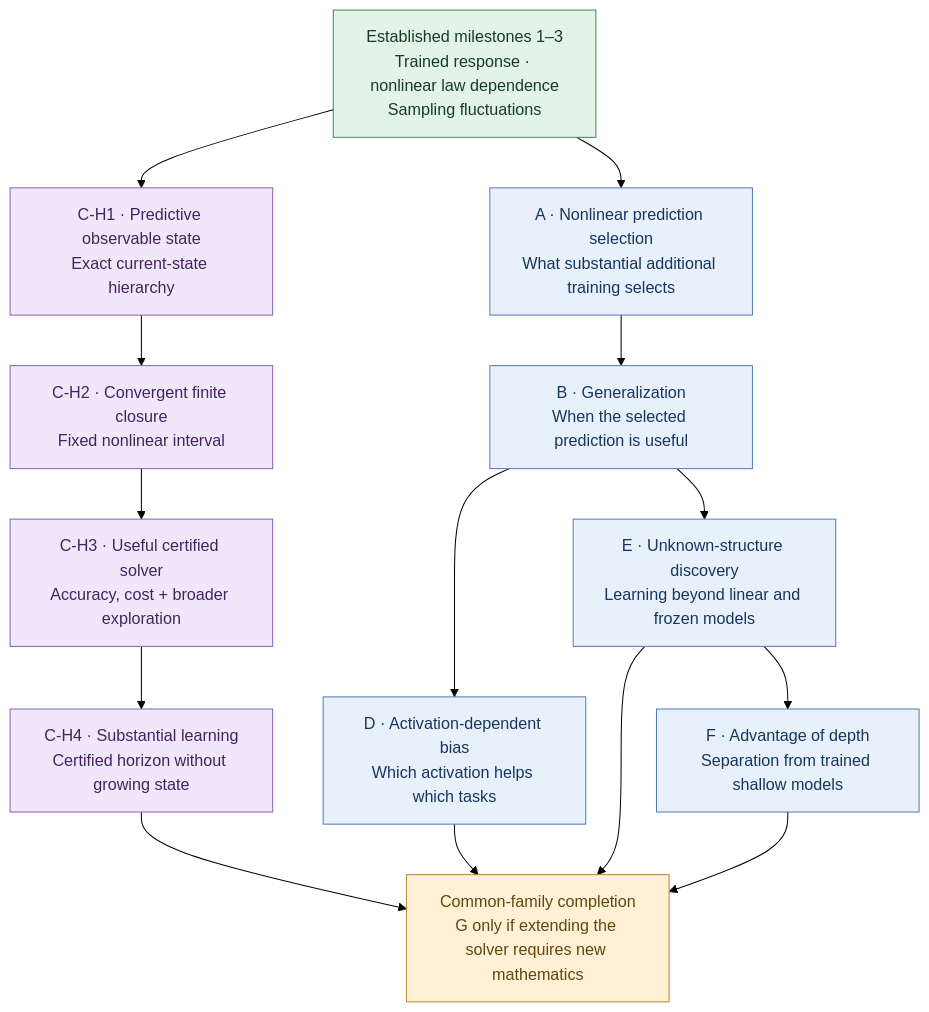
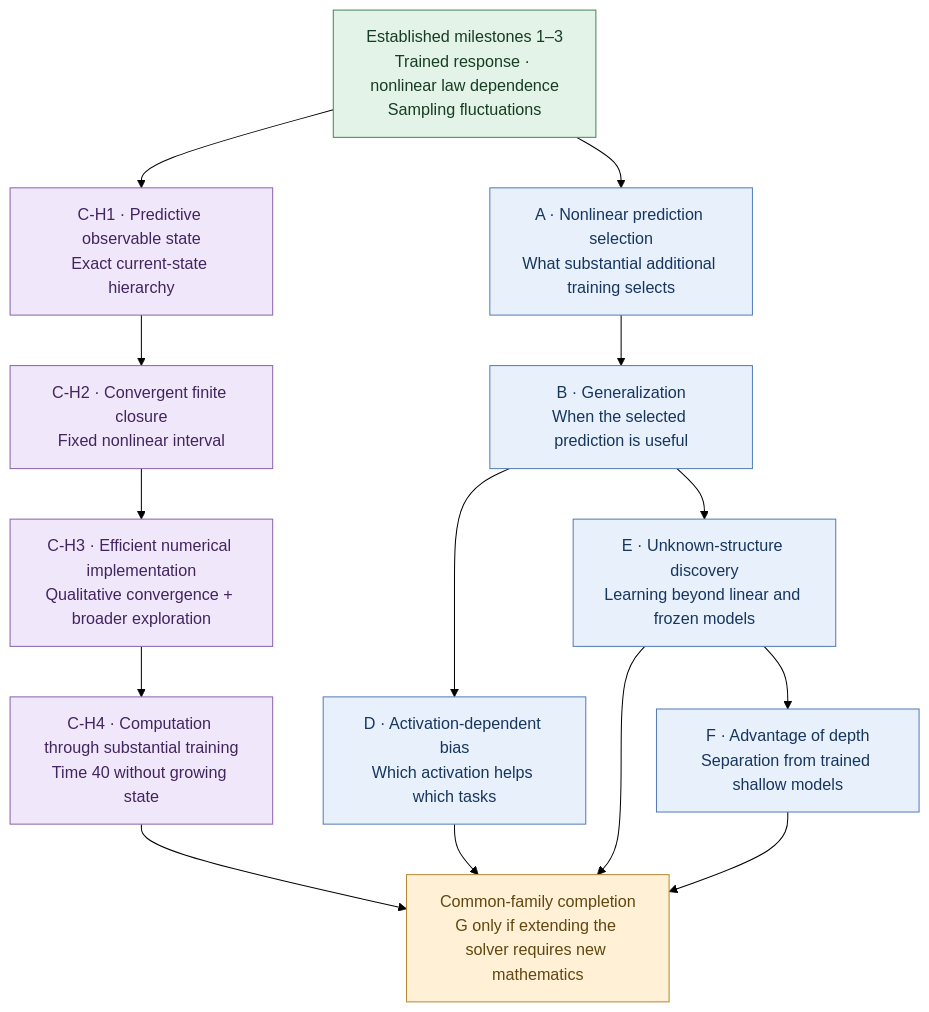
One commit to ajoudaki/PDE changed the diagram in docs/README.md. Above: the diagram before and after it, drawn with Mermaid (forest theme). The commit also changed other lines of this file and 2 other files, not shown here.

Commit message:
Reframe C-H3 and C-H4 around qualitative numerical convergence

````diff
--- a/docs/README.md
+++ b/docs/README.md
@@ -212,31 +212,31 @@
 ```mermaid
 flowchart TD
     M["Established milestones 1–3<br/>Trained response · nonlinear law dependence<br/>Sampling fluctuations"]:::done
     A["A · Nonlinear prediction selection<br/>What substantial additional training selects"]:::theory
     B["B · Generalization<br/>When the selected prediction is useful"]:::theory
     D["D · Activation-dependent bias<br/>Which activation helps which tasks"]:::theory
     E["E · Unknown-structure discovery<br/>Learning beyond linear and frozen models"]:::theory
     F["F · Advantage of depth<br/>Separation from trained shallow models"]:::theory
     CH1["C-H1 · Predictive observable state<br/>Exact current-state hierarchy"]:::compute
     CH2["C-H2 · Convergent finite closure<br/>Fixed nonlinear interval"]:::compute
-    CH3["C-H3 · Useful certified solver<br/>Accuracy, cost + broader exploration"]:::compute
-    CH4["C-H4 · Substantial learning<br/>Certified horizon without growing state"]:::compute
+    CH3["C-H3 · Efficient numerical implementation<br/>Qualitative convergence + broader exploration"]:::compute
+    CH4["C-H4 · Computation through substantial training<br/>Time 40 without growing state"]:::compute
     J["Common-family completion<br/>G only if extending the solver requires new mathematics"]:::join
     M --> A
     M --> CH1
     CH1 --> CH2
     CH2 --> CH3
     CH3 --> CH4
     A --> B
     B --> D
     B --> E
     E --> F
     CH4 --> J
     D --> J
     E --> J
     F --> J
     classDef done fill:#e3f3e7,stroke:#43865b,color:#163d23
     classDef theory fill:#e8f0fc,stroke:#527bb6,color:#17365e
     classDef compute fill:#f0e8fa,stroke:#8862ad,color:#42245f
     classDef join fill:#fff0d6,stroke:#b48835,color:#614710
 ```
````
